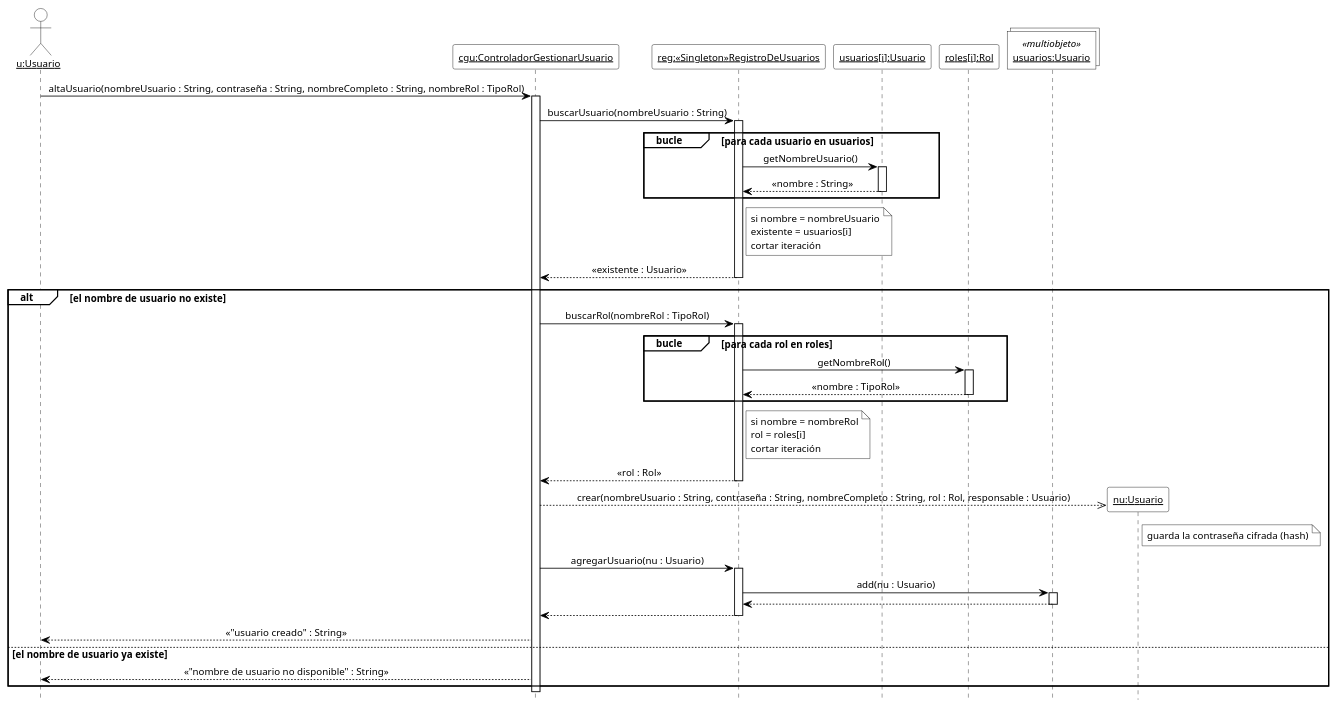
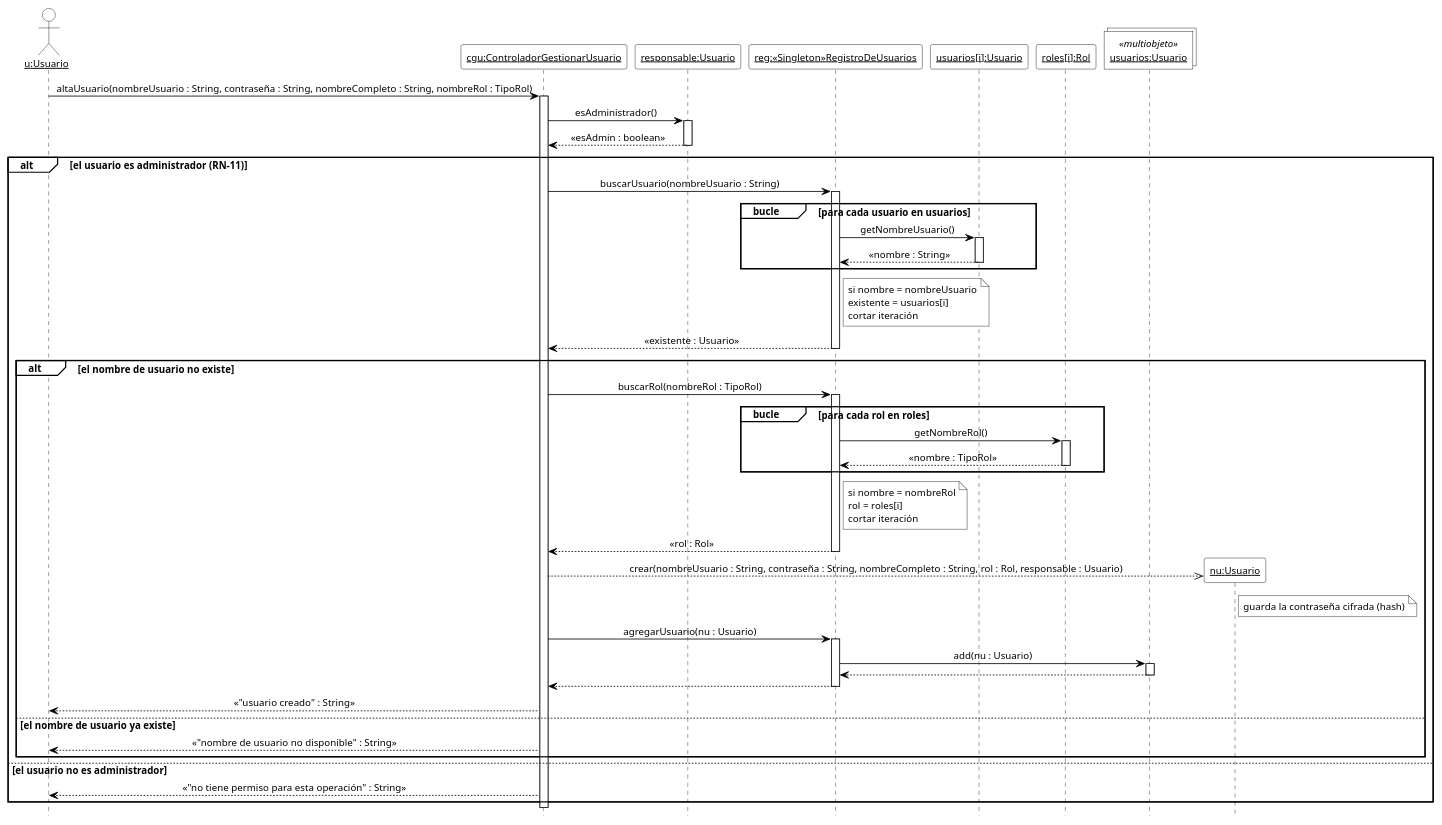
One commit to cirotop/Stock-Project changed the diagram in 08-Diagrama De Secuencia/DSD_CU-02_altaUsuario.puml. Above: the diagram before and after it, drawn with PlantUML. The commit also changed 20 other files, not shown here.

```diff
--- a/08-Diagrama De Secuencia/DSD_CU-02_altaUsuario.puml
+++ b/08-Diagrama De Secuencia/DSD_CU-02_altaUsuario.puml
@@ -1,68 +1,75 @@
 @startuml DSD_CU-02_altaUsuario
 ' Diagrama de Secuencia de Diseño (DSD) - CU-02 Gestionar usuario - altaUsuario
 ' Estilo de los ejemplos de la teoría (introducirArticulo / crearNuevaVenta).
 hide footbox
 skinparam shadowing false
 skinparam defaultFontName Arial
 skinparam defaultFontSize 12
 skinparam sequenceMessageAlign center
 skinparam ArrowColor black
 skinparam ParticipantBackgroundColor white
 skinparam ParticipantBorderColor black
 skinparam CollectionsBackgroundColor white
 skinparam CollectionsBorderColor black
 skinparam ActorBackgroundColor white
 skinparam ActorBorderColor black
 skinparam LifeLineBorderColor black
 skinparam LifeLineBackgroundColor white
 skinparam SequenceGroupBackgroundColor white
 skinparam SequenceGroupBorderColor black
 skinparam SequenceGroupHeaderFontColor black
 skinparam NoteBackgroundColor white
 skinparam NoteBorderColor black
 
 actor "<u>u:Usuario</u>" as u
 participant "<u>cgu:ControladorGestionarUsuario</u>" as cgu
+participant "<u>responsable:Usuario</u>" as resp
 participant "<u>reg:«Singleton»RegistroDeUsuarios</u>" as reg
 participant "<u>usuarios[i]:Usuario</u>" as ui
 participant "<u>roles[i]:Rol</u>" as ri
 collections "<u>usuarios:Usuario</u>" as mu <<multiobjeto>>
 
 u -> cgu ++ : altaUsuario(nombreUsuario : String, contraseña : String, nombreCompleto : String, nombreRol : TipoRol)
-cgu -> reg ++ : buscarUsuario(nombreUsuario : String)
-group bucle [para cada usuario en usuarios]
-  reg -> ui ++ : getNombreUsuario()
-  ui --> reg -- : «nombre : String»
-end
-note right of reg
-  si nombre = nombreUsuario
-  existente = usuarios[i]
-  cortar iteración
-end note
-reg --> cgu -- : «existente : Usuario»
-alt el nombre de usuario no existe
-  cgu -> reg ++ : buscarRol(nombreRol : TipoRol)
-  group bucle [para cada rol en roles]
-    reg -> ri ++ : getNombreRol()
-    ri --> reg -- : «nombre : TipoRol»
+cgu -> resp ++ : esAdministrador()
+resp --> cgu -- : «esAdmin : boolean»
+alt el usuario es administrador (RN-11)
+  cgu -> reg ++ : buscarUsuario(nombreUsuario : String)
+  group bucle [para cada usuario en usuarios]
+    reg -> ui ++ : getNombreUsuario()
+    ui --> reg -- : «nombre : String»
   end
   note right of reg
-    si nombre = nombreRol
-    rol = roles[i]
+    si nombre = nombreUsuario
+    existente = usuarios[i]
     cortar iteración
   end note
-  reg --> cgu -- : «rol : Rol»
-  create participant "<u>nu:Usuario</u>" as nu
-  cgu -->> nu : crear(nombreUsuario : String, contraseña : String, nombreCompleto : String, rol : Rol, responsable : Usuario)
-  note right of nu : guarda la contraseña cifrada (hash)
-  cgu -> reg ++ : agregarUsuario(nu : Usuario)
-  reg -> mu ++ : add(nu : Usuario)
-  mu --> reg --
-  reg --> cgu --
-  cgu --> u : «"usuario creado" : String»
-else el nombre de usuario ya existe
-  cgu --> u : «"nombre de usuario no disponible" : String»
+  reg --> cgu -- : «existente : Usuario»
+  alt el nombre de usuario no existe
+    cgu -> reg ++ : buscarRol(nombreRol : TipoRol)
+    group bucle [para cada rol en roles]
+      reg -> ri ++ : getNombreRol()
+      ri --> reg -- : «nombre : TipoRol»
+    end
+    note right of reg
+      si nombre = nombreRol
+      rol = roles[i]
+      cortar iteración
+    end note
+    reg --> cgu -- : «rol : Rol»
+    create participant "<u>nu:Usuario</u>" as nu
+    cgu -->> nu : crear(nombreUsuario : String, contraseña : String, nombreCompleto : String, rol : Rol, responsable : Usuario)
+    note right of nu : guarda la contraseña cifrada (hash)
+    cgu -> reg ++ : agregarUsuario(nu : Usuario)
+    reg -> mu ++ : add(nu : Usuario)
+    mu --> reg --
+    reg --> cgu --
+    cgu --> u : «"usuario creado" : String»
+  else el nombre de usuario ya existe
+    cgu --> u : «"nombre de usuario no disponible" : String»
+  end
+else el usuario no es administrador
+  cgu --> u : «"no tiene permiso para esta operación" : String»
 end
 deactivate cgu
 
 @enduml
```
